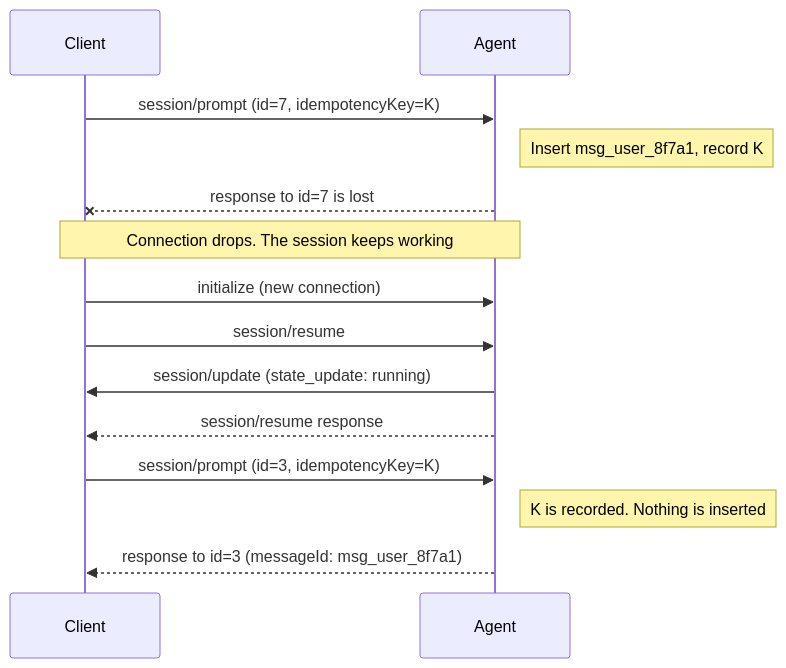
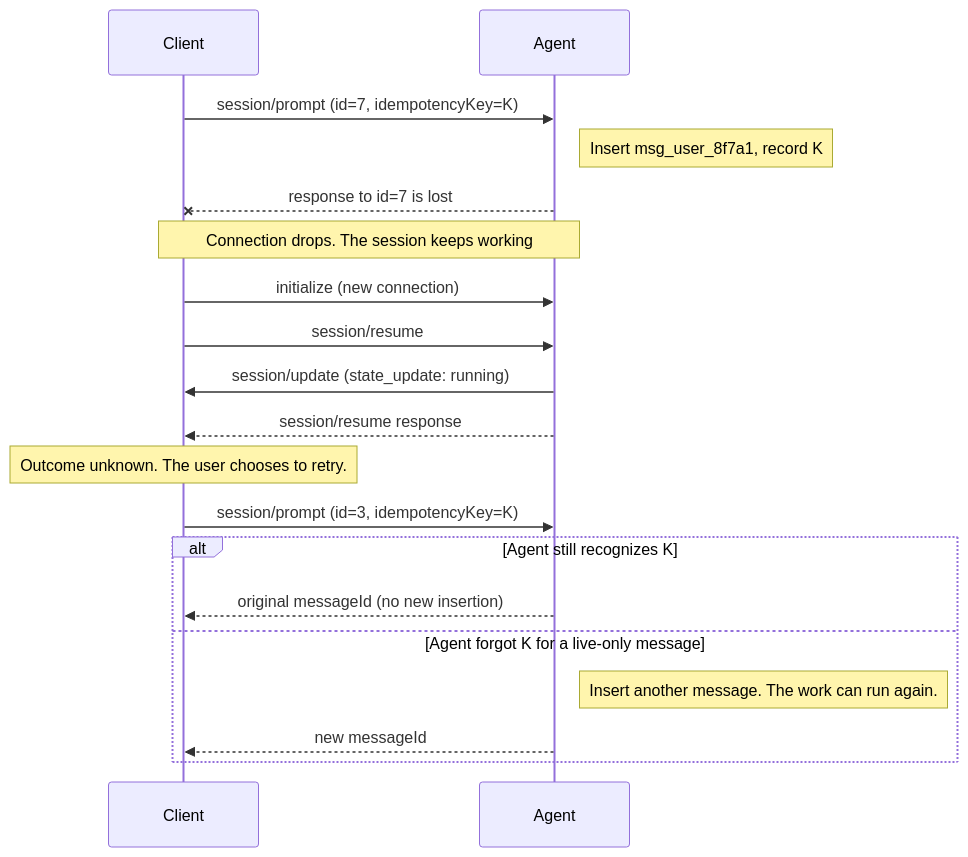
The diagram in docs/rfds/v2/idempotency-keys.mdx (agentclientprotocol/agent-client-protocol), drawn with Mermaid before and after one commit. The commit also changed other lines of this file and 18 other files, not shown here.

````diff
--- a/docs/rfds/v2/idempotency-keys.mdx
+++ b/docs/rfds/v2/idempotency-keys.mdx
@@ -133,18 +132,23 @@
 ```mermaid
 sequenceDiagram
     participant Client
     participant Agent
 
     Client->>Agent: session/prompt (id=7, idempotencyKey=K)
     Note right of Agent: Insert msg_user_8f7a1, record K
     Agent--xClient: response to id=7 is lost
     Note over Client,Agent: Connection drops. The session keeps working
 
     Client->>Agent: initialize (new connection)
     Client->>Agent: session/resume
     Agent->>Client: session/update (state_update: running)
     Agent-->>Client: session/resume response
+    Note over Client: Outcome unknown. The user chooses to retry.
     Client->>Agent: session/prompt (id=3, idempotencyKey=K)
-    Note right of Agent: K is recorded. Nothing is inserted
-    Agent-->>Client: response to id=3 (messageId: msg_user_8f7a1)
+    alt Agent still recognizes K
+        Agent-->>Client: original messageId (no new insertion)
+    else Agent forgot K for a live-only message
+        Note right of Agent: Insert another message. The work can run again.
+        Agent-->>Client: new messageId
+    end
 ```
````
